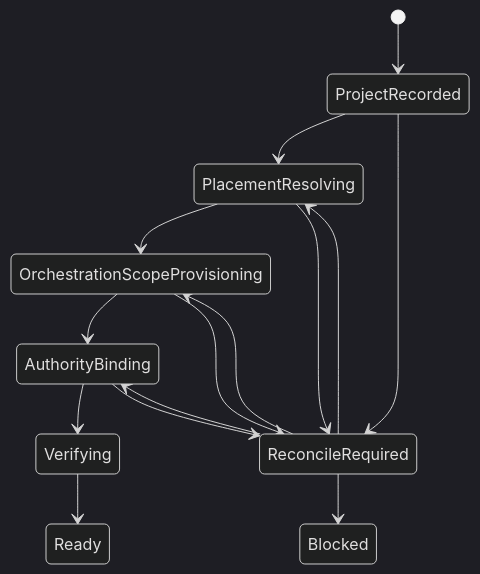
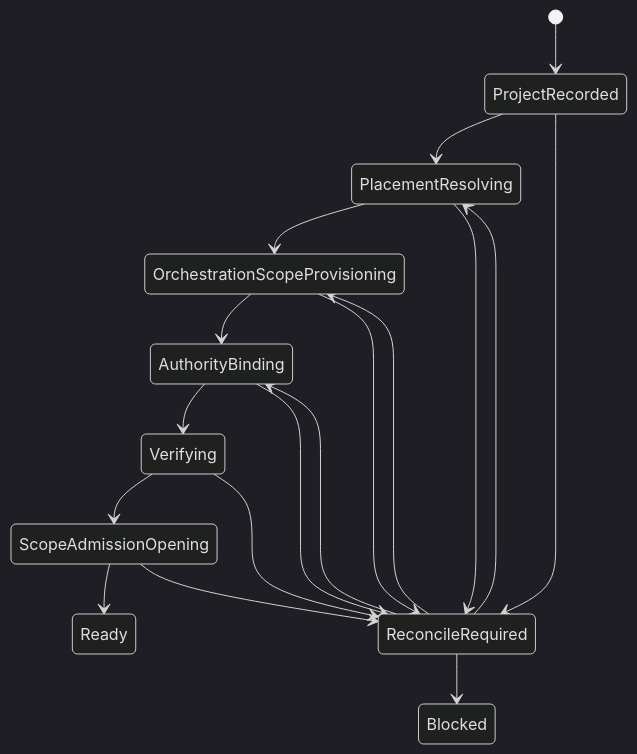
The first of 2 diagrams in docs/architecture/platform-orchestrator-review/06-project-provisioning-binding-state-machine.md (agent-teams-ai/agent-teams-platform), drawn with Mermaid (dark theme) before and after one commit. The commit also changed other lines of this file and 20 other files, not shown here.

Commit message:
docs(architecture): reconcile platform orchestrator boundary

````diff
--- a/docs/architecture/platform-orchestrator-review/06-project-provisioning-binding-state-machine.md
+++ b/docs/architecture/platform-orchestrator-review/06-project-provisioning-binding-state-machine.md
@@ -36,17 +36,20 @@
 ```mermaid
 stateDiagram-v2
     [*] --> ProjectRecorded
     ProjectRecorded --> PlacementResolving
     PlacementResolving --> OrchestrationScopeProvisioning
     OrchestrationScopeProvisioning --> AuthorityBinding
     AuthorityBinding --> Verifying
-    Verifying --> Ready
+    Verifying --> ScopeAdmissionOpening
+    ScopeAdmissionOpening --> Ready
     ProjectRecorded --> ReconcileRequired
     PlacementResolving --> ReconcileRequired
     OrchestrationScopeProvisioning --> ReconcileRequired
     AuthorityBinding --> ReconcileRequired
+    Verifying --> ReconcileRequired
+    ScopeAdmissionOpening --> ReconcileRequired
     ReconcileRequired --> PlacementResolving
     ReconcileRequired --> OrchestrationScopeProvisioning
     ReconcileRequired --> AuthorityBinding
     ReconcileRequired --> Blocked
 ```
````
